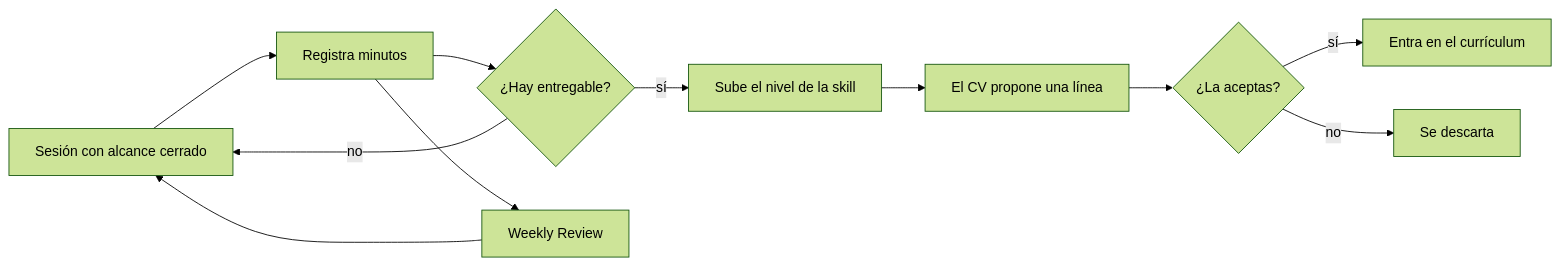
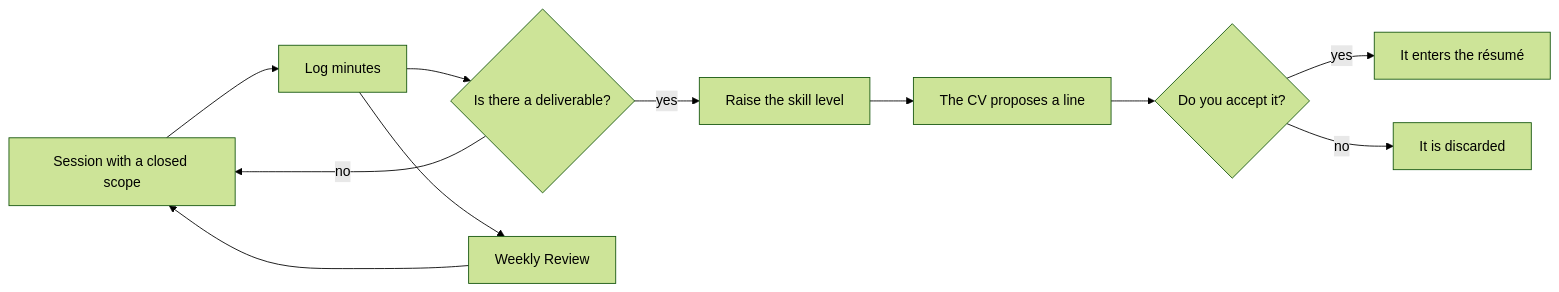
The fifth of 5 diagrams in README.md (diegoperezg7/ai-learn), drawn with Mermaid (forest theme) before and after one commit. The commit also changed other lines of this file and 1 other file, not shown here.

````diff
--- a/README.md
+++ b/README.md
@@ -356,13 +374,13 @@
 ```mermaid
 flowchart LR
-    P["Sesión con alcance cerrado"] --> H["Registra minutos"]
-    H --> E{"¿Hay entregable?"}
-    E -->|sí| S["Sube el nivel de la skill"]
+    P["Session with a closed scope"] --> H["Log minutes"]
+    H --> E{"Is there a deliverable?"}
+    E -->|yes| S["Raise the skill level"]
     E -->|no| P
-    S --> C["El CV propone una línea"]
-    C --> A{"¿La aceptas?"}
-    A -->|sí| CV["Entra en el currículum"]
-    A -->|no| X["Se descarta"]
+    S --> C["The CV proposes a line"]
+    C --> A{"Do you accept it?"}
+    A -->|yes| CV["It enters the résumé"]
+    A -->|no| X["It is discarded"]
     H --> R["Weekly Review"]
     R --> P
 ```
````
